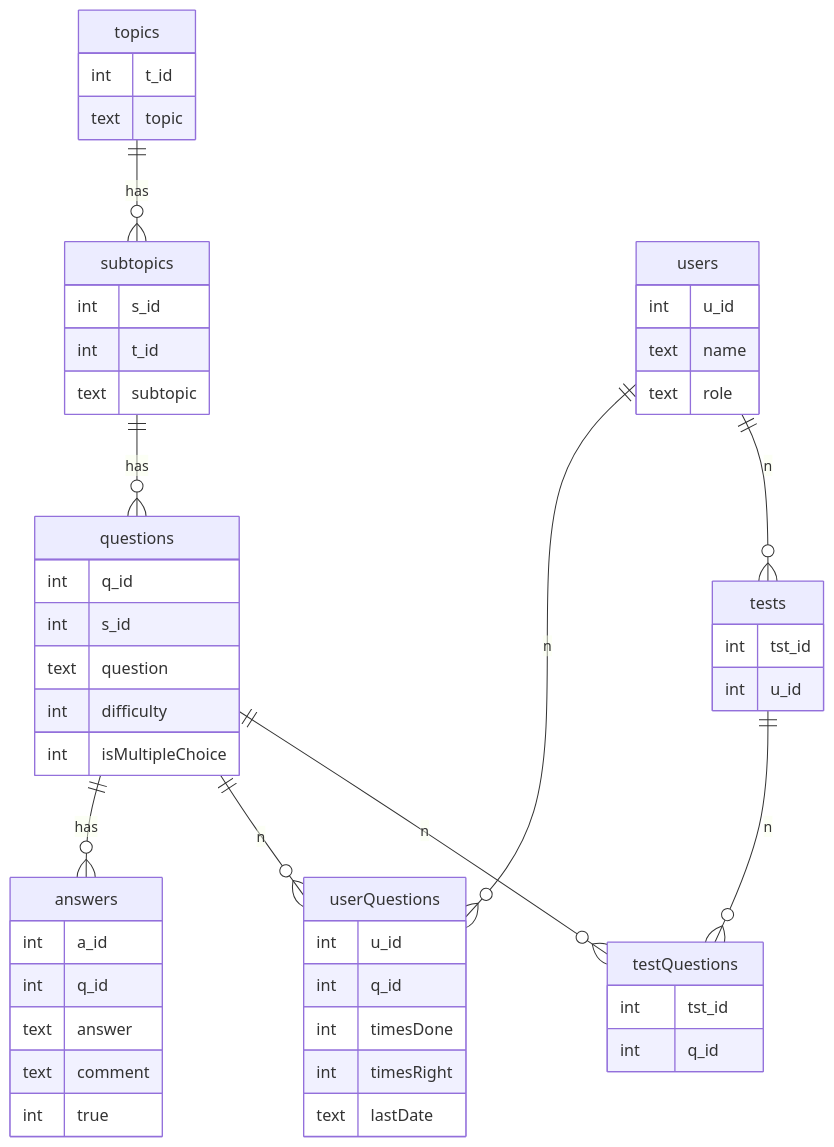
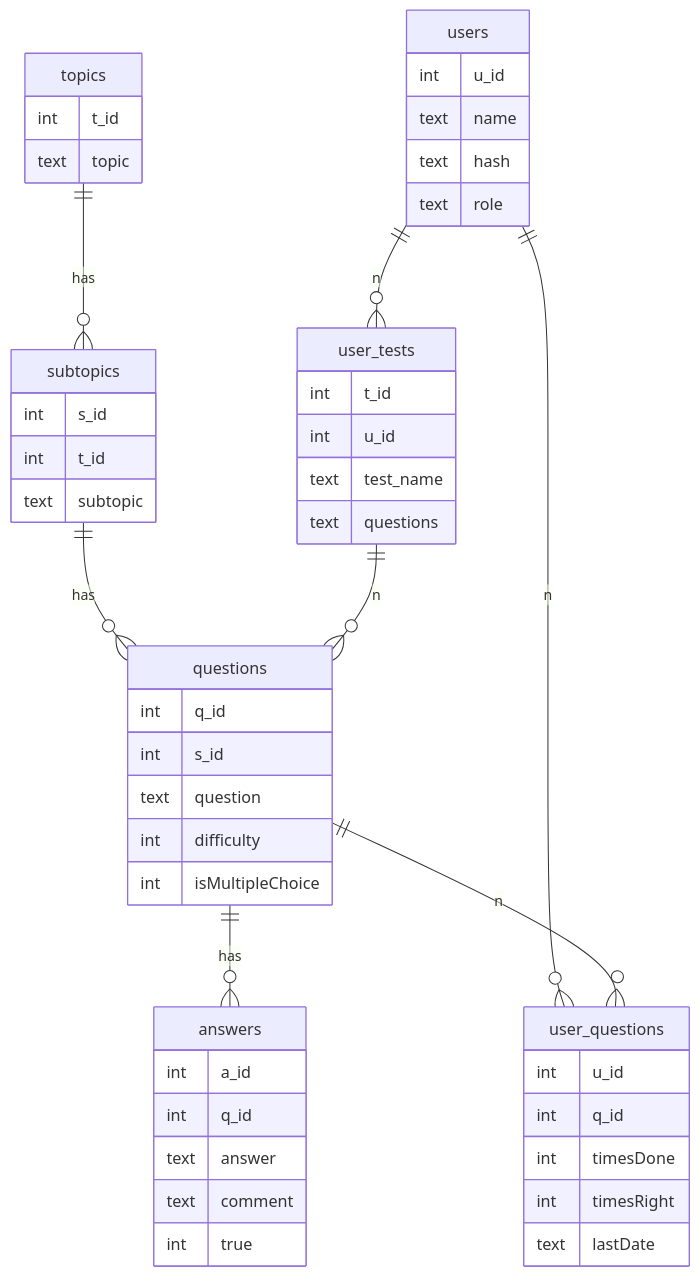
One commit to KlaBra16F1/CS50 changed the second of 2 diagrams in docs/documentation.adoc. Above: the diagram before and after it, drawn with Mermaid. The commit also changed other lines of this file and 1 other file, not shown here.

Commit message:
add: added user_tests in db and docs

```diff
--- a/docs/documentation.adoc
+++ b/docs/documentation.adoc
@@ -67,58 +69,59 @@
 [mermaid]
 ----
 erDiagram
 
 topics {
     int t_id
     text topic
 }
 subtopics {
     int s_id
     int t_id
     text subtopic
 }
 questions {
     int q_id
     int s_id
     text question
     int difficulty
     int isMultipleChoice
 }
 answers {
     int a_id
     int q_id
     text answer
     text comment
     int true
 }
 users {
     int u_id
     text name
+    text hash
     text role
 }
-userQuestions {
+user_questions {
     int u_id
     int q_id
     int timesDone
     int timesRight
     text lastDate
 }
-tests {
-    int tst_id
+user_tests {
+    int t_id
     int u_id
+    text test_name
+    text questions
 }
-testQuestions {
-    int tst_id
-    int q_id
-}
+
 
 topics ||--o{ subtopics : has
 subtopics ||--o{ questions : has
 questions ||--o{ answers : has
-users ||--o{ userQuestions : n
-questions ||--o{ userQuestions : n
-users ||--o{ tests : n
-tests ||--o{ testQuestions : n
-questions ||--o{ testQuestions :n
+users ||--o{ user_questions : n
+questions ||--o{ user_questions : n
+users ||--o{ user_tests : n
+user_tests ||--o{ questions : n
+
+
 
 ----
```
